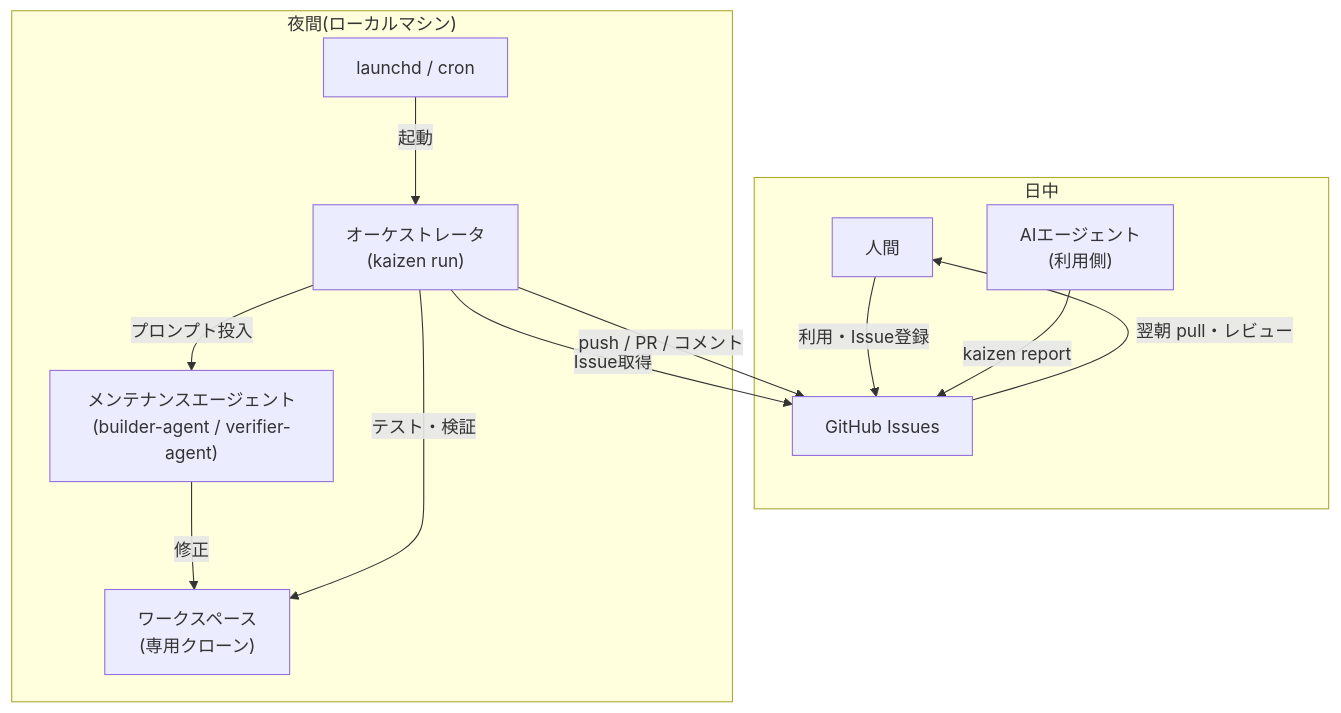
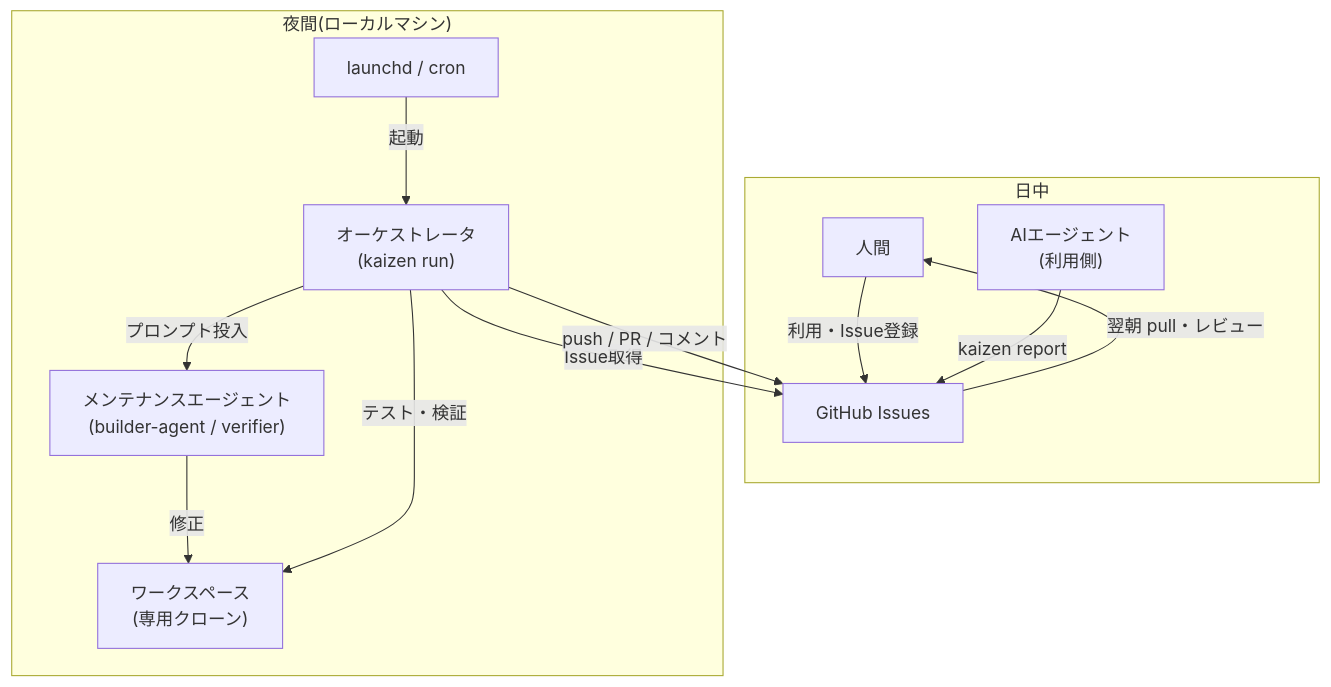
Before and after one commit to kaizen-agents-org/kaizen-loop: the second of 2 diagrams in docs/00-overview.md, drawn with Mermaid. The commit also changed other lines of this file and 12 other files, not shown here.

````diff
--- a/docs/00-overview.md
+++ b/docs/00-overview.md
@@ -64,16 +64,16 @@
 ```mermaid
 flowchart TB
     subgraph day["日中"]
         H["人間"] -->|"利用・Issue登録"| GH["GitHub Issues"]
         AI["AIエージェント<br/>(利用側)"] -->|"kaizen report"| GH
     end
     subgraph night["夜間(ローカルマシン)"]
         SCHED["launchd / cron"] -->|"起動"| ORCH["オーケストレータ<br/>(kaizen run)"]
         ORCH -->|"Issue取得"| GH
-        ORCH -->|"プロンプト投入"| AGENT["メンテナンスエージェント<br/>(builder-agent / verifier-agent)"]
+        ORCH -->|"プロンプト投入"| AGENT["メンテナンスエージェント<br/>(builder-agent / verifier)"]
         AGENT -->|"修正"| WS["ワークスペース<br/>(専用クローン)"]
         ORCH -->|"テスト・検証"| WS
         ORCH -->|"push / PR / コメント"| GH
     end
     GH -->|"翌朝 pull・レビュー"| H
 ```
````
